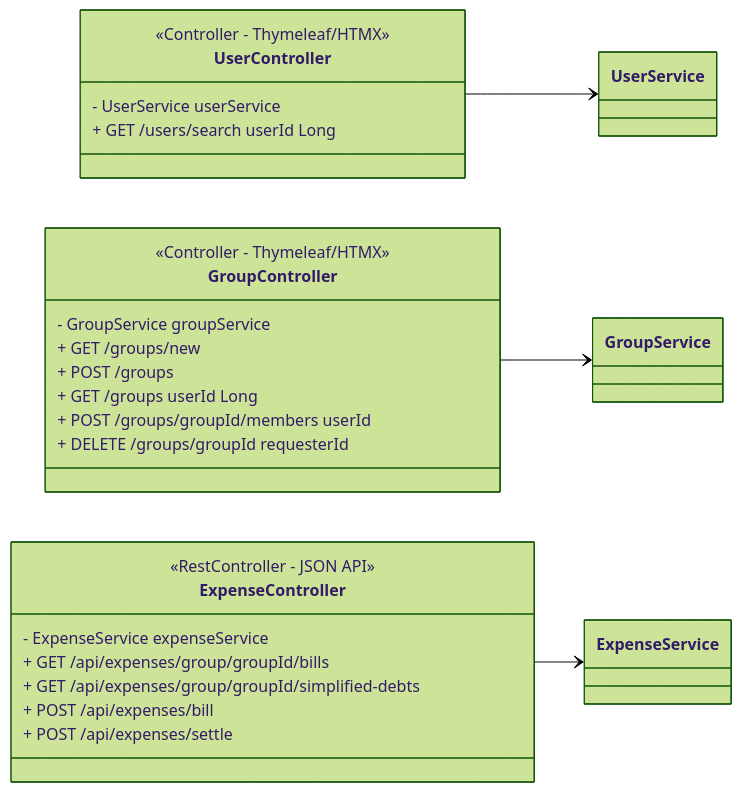
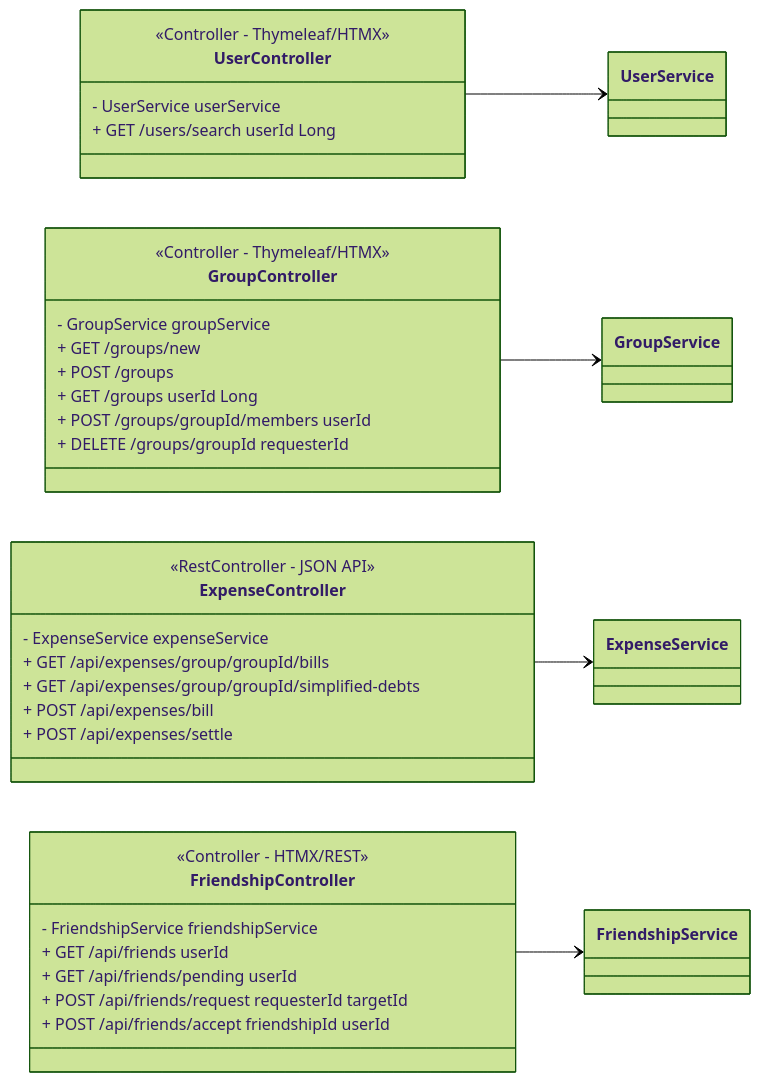
One commit to emberfox205/teilr changed the fourth of 5 diagrams in ClassDiagram.md. Above: the diagram before and after it, drawn with Mermaid (forest theme). The commit also changed other lines of this file and 4 other files, not shown here.

````diff
--- a/ClassDiagram.md
+++ b/ClassDiagram.md
@@ -220,33 +239,43 @@
 ```mermaid
 classDiagram
     direction LR
 
     class UserController {
         <<Controller - Thymeleaf/HTMX>>
         - UserService userService
         + GET /users/search userId Long
     }
 
     class GroupController {
         <<Controller - Thymeleaf/HTMX>>
         - GroupService groupService
         + GET /groups/new
         + POST /groups
         + GET /groups userId Long
         + POST /groups/groupId/members userId
         + DELETE /groups/groupId requesterId
     }
 
     class ExpenseController {
         <<RestController - JSON API>>
         - ExpenseService expenseService
         + GET /api/expenses/group/groupId/bills
         + GET /api/expenses/group/groupId/simplified-debts
         + POST /api/expenses/bill
         + POST /api/expenses/settle
     }
 
+    class FriendshipController {
+        <<Controller - HTMX/REST>>
+        - FriendshipService friendshipService
+        + GET /api/friends userId
+        + GET /api/friends/pending userId
+        + POST /api/friends/request requesterId targetId
+        + POST /api/friends/accept friendshipId userId
+    }
+
     UserController --> UserService
     GroupController --> GroupService
     ExpenseController --> ExpenseService
+    FriendshipController --> FriendshipService
 ```
````
